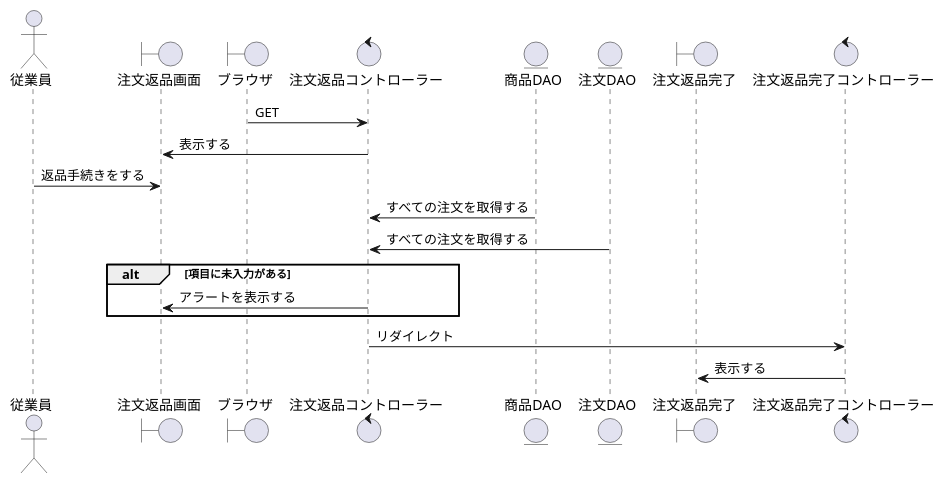
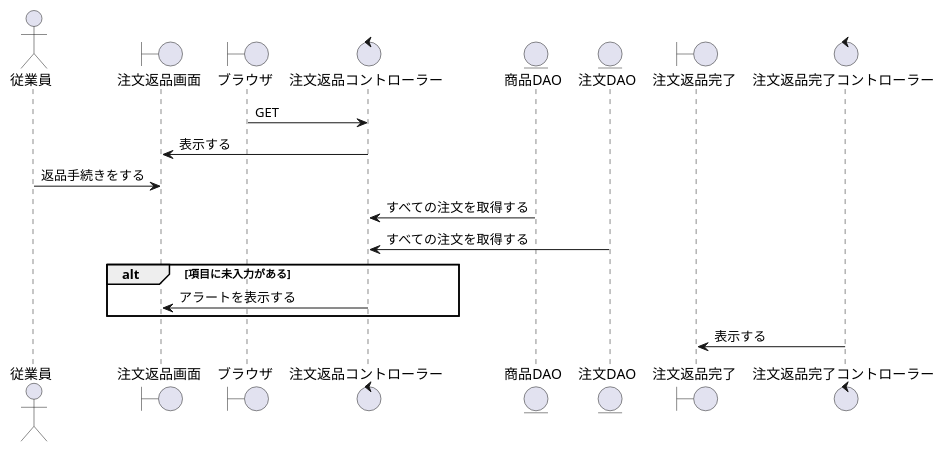
The diagram in BBショップ/返品.wsd (ysyk-wtnb16/team_D), drawn with PlantUML before and after one commit. The commit also changed 2 other files, not shown here.

```diff
--- a/BBショップ/返品.wsd
+++ b/BBショップ/返品.wsd
@@ -2,32 +2,32 @@
 @startuml return
 ' ①縦軸の並び順を決める
 actor "従業員" as act
 boundary "注文返品画面" as orb
 ' コントローラーに初回アクセスするもの
 boundary "ブラウザ" as brz
 ' コントローラーまたはビューの名称を決める
 control "注文返品コントローラー" as orc
 ' DAOまたはモデルとなる
 entity "商品DAO" as pdt
 entity "注文DAO" as order
 
 boundary "注文返品完了" as orkb
 control "注文返品完了コントローラー" as orkc
 
 brz -> orc: GET
 
 orb <- orc:表示する
 
 act -> orb:返品手続きをする
 
 orc <- pdt:すべての注文を取得する
 orc <- order:すべての注文を取得する
 
 alt 項目に未入力がある
     orb <- orc:アラートを表示する
 end
 
-orc -> orkc: リダイレクト
+
 orkb <- orkc:表示する
 
 @enduml
```
